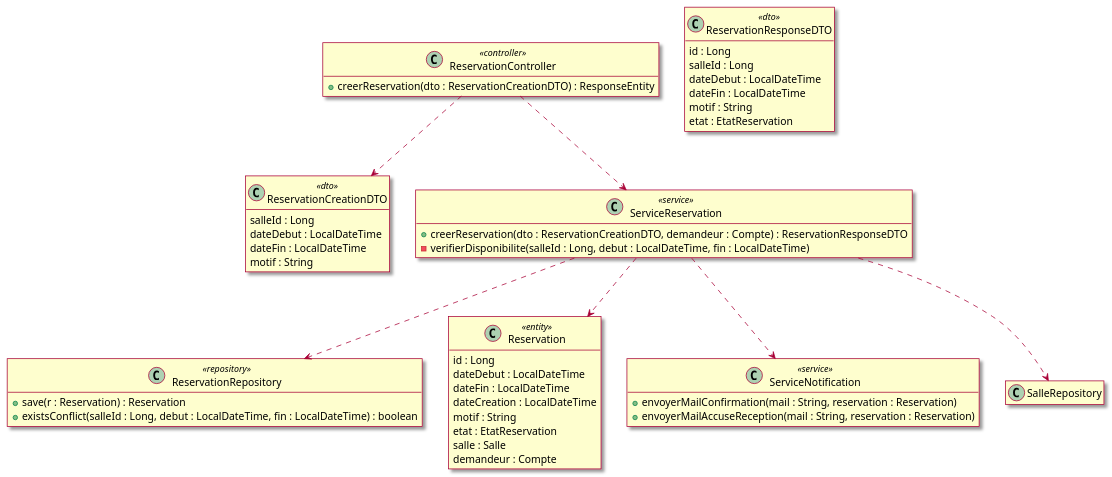
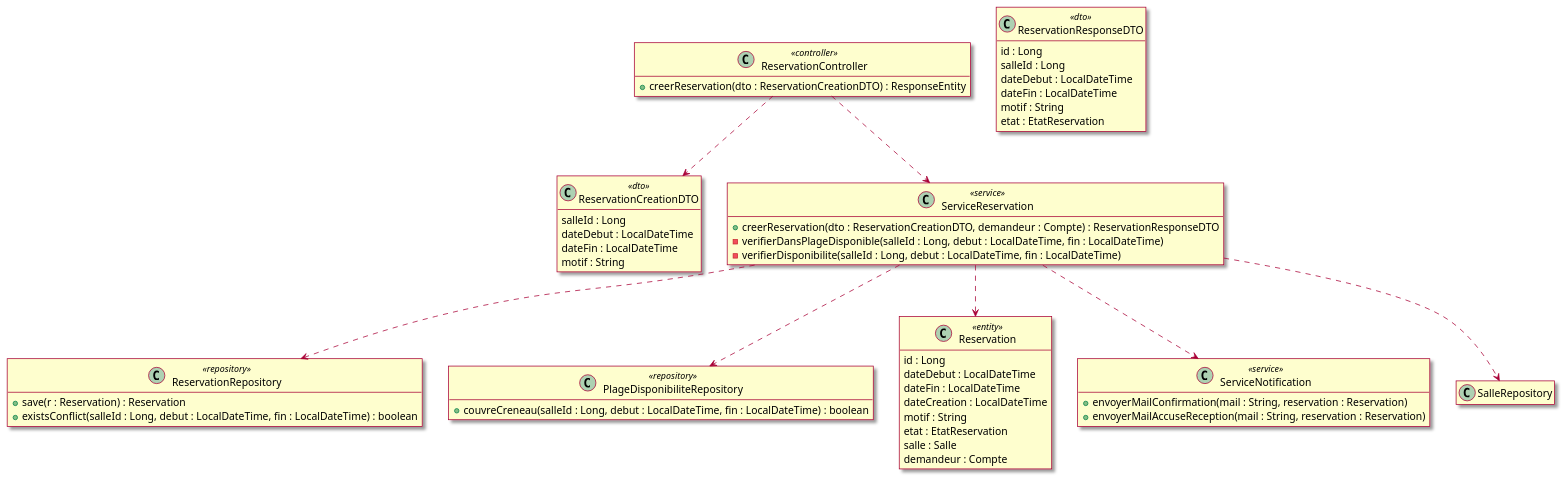
One commit to mrajaonson/glg204-room-management-system changed diagram 21 of 38 in docs/03-Conception.md. Above: the diagram before and after it, drawn with PlantUML. The commit also changed other lines of this file and 4 other files, not shown here.

````diff
--- a/docs/03-Conception.md
+++ b/docs/03-Conception.md
@@ -1023,59 +1058,65 @@
 ```plantuml
 @startuml
 skin rose
 hide empty members
 
 class ReservationController <<controller>> {
   + creerReservation(dto : ReservationCreationDTO) : ResponseEntity
 }
 
 class ReservationCreationDTO <<dto>> {
   salleId : Long
   dateDebut : LocalDateTime
   dateFin : LocalDateTime
   motif : String
 }
 
 class ReservationResponseDTO <<dto>> {
   id : Long
   salleId : Long
   dateDebut : LocalDateTime
   dateFin : LocalDateTime
   motif : String
   etat : EtatReservation
 }
 
 class ServiceReservation <<service>> {
   + creerReservation(dto : ReservationCreationDTO, demandeur : Compte) : ReservationResponseDTO
+  - verifierDansPlageDisponible(salleId : Long, debut : LocalDateTime, fin : LocalDateTime)
   - verifierDisponibilite(salleId : Long, debut : LocalDateTime, fin : LocalDateTime)
 }
 
 class ReservationRepository <<repository>> {
   + save(r : Reservation) : Reservation
   + existsConflict(salleId : Long, debut : LocalDateTime, fin : LocalDateTime) : boolean
+}
+
+class PlageDisponibiliteRepository <<repository>> {
+  + couvreCreneau(salleId : Long, debut : LocalDateTime, fin : LocalDateTime) : boolean
 }
 
 class Reservation <<entity>> {
   id : Long
   dateDebut : LocalDateTime
   dateFin : LocalDateTime
   dateCreation : LocalDateTime
   motif : String
   etat : EtatReservation
   salle : Salle
   demandeur : Compte
 }
 
 class ServiceNotification <<service>> {
   + envoyerMailConfirmation(mail : String, reservation : Reservation)
   + envoyerMailAccuseReception(mail : String, reservation : Reservation)
 }
 
 ReservationController ..> ReservationCreationDTO
 ReservationController ..> ServiceReservation
 ServiceReservation ..> ReservationRepository
 ServiceReservation ..> SalleRepository
+ServiceReservation ..> PlageDisponibiliteRepository
 ServiceReservation ..> Reservation
 ServiceReservation ..> ServiceNotification
 @enduml
 ```
````
